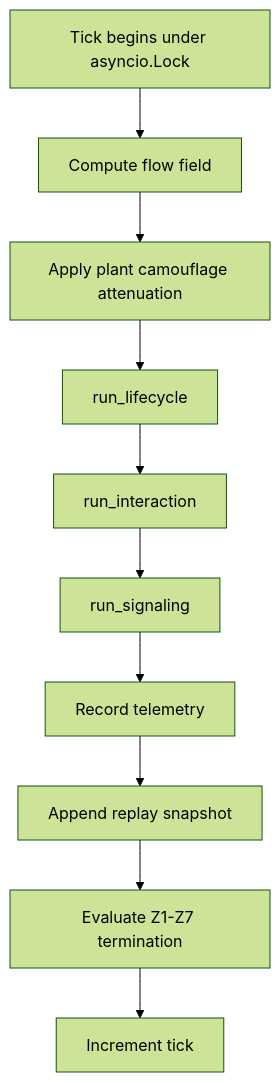
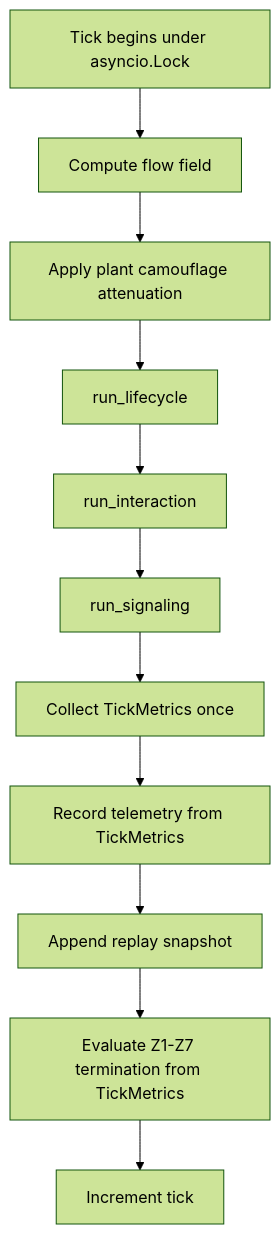
Before and after one commit to foersben/PHIDS: the diagram in docs/engine/index.md, drawn with Mermaid (forest theme). The commit also changed other lines of this file and 22 other files, not shown here.

Commit message:
Refactor UI payload, share tick metrics, and migrate CLI to Typer

````diff
--- a/docs/engine/index.md
+++ b/docs/engine/index.md
@@ -35,12 +35,13 @@
 ```mermaid
 flowchart TD
     A[Tick begins under asyncio.Lock] --> B[Compute flow field]
     B --> C[Apply plant camouflage attenuation]
     C --> D[run_lifecycle]
     D --> E[run_interaction]
     E --> F[run_signaling]
-    F --> G[Record telemetry]
-    G --> H[Append replay snapshot]
-    H --> I[Evaluate Z1-Z7 termination]
-    I --> J[Increment tick]
+    F --> G[Collect TickMetrics once]
+    G --> H[Record telemetry from TickMetrics]
+    H --> I[Append replay snapshot]
+    I --> J[Evaluate Z1-Z7 termination from TickMetrics]
+    J --> K[Increment tick]
 ```
````
